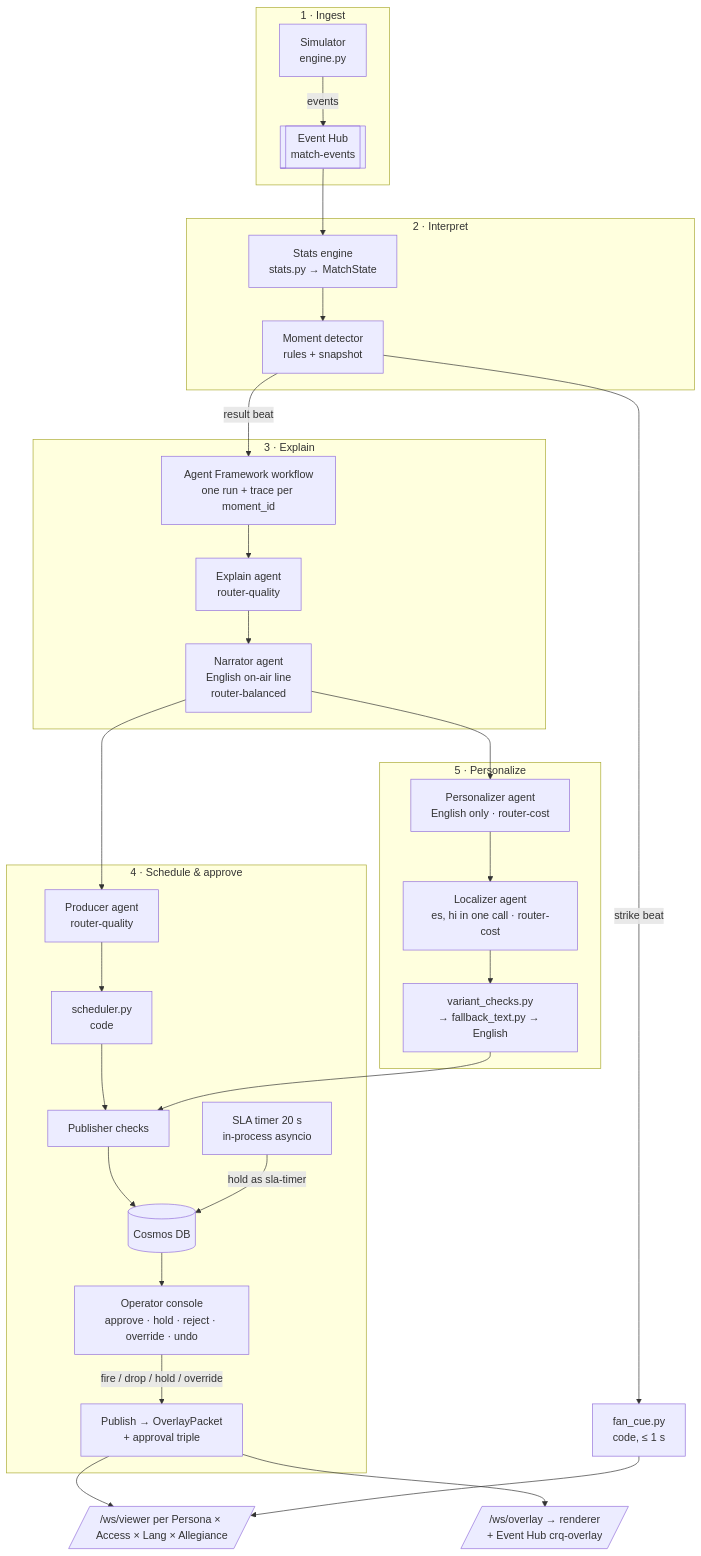
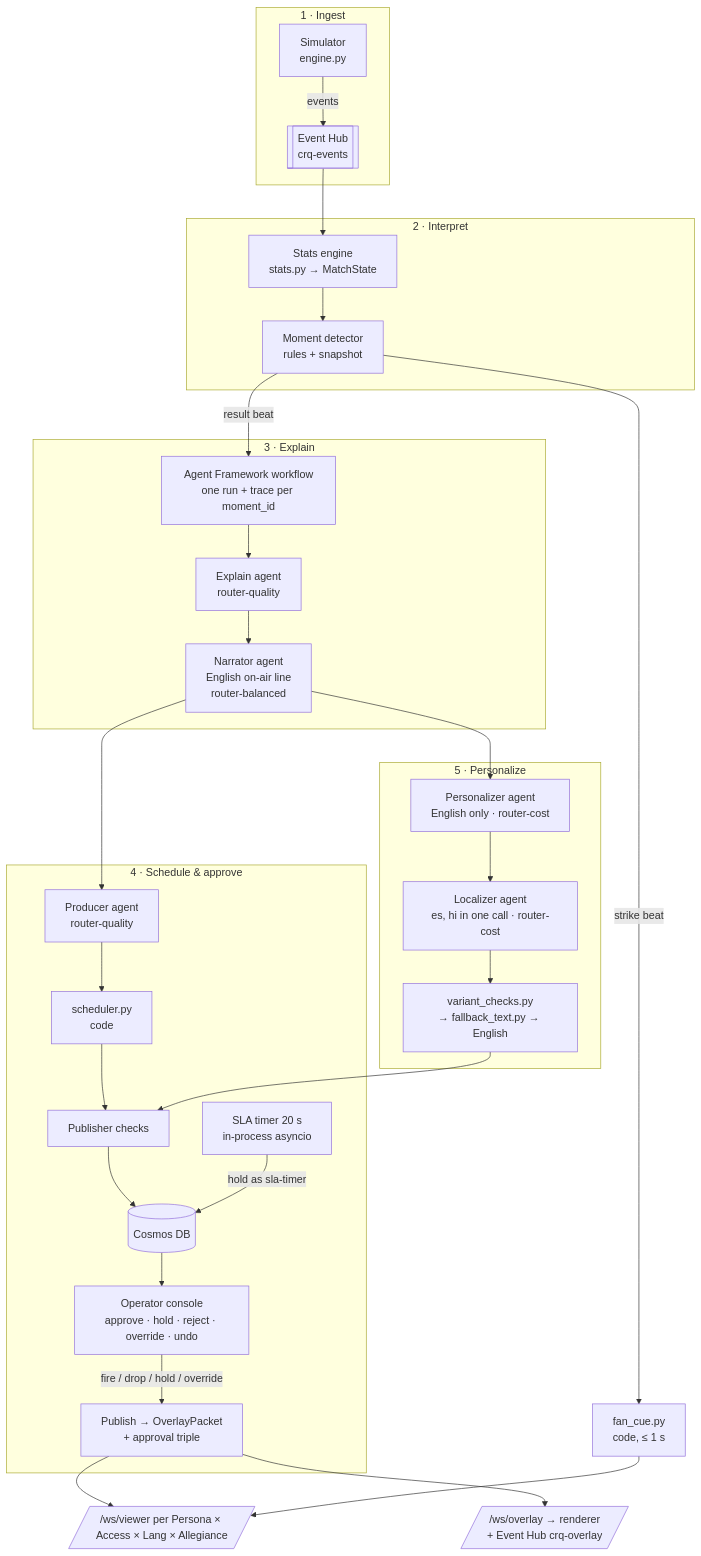
One commit to SwamiBB/control-room-iq changed the second of 8 diagrams in docs/ARCHITECTURE.md. Above: the diagram before and after it, drawn with Mermaid. The commit also changed other lines of this file and 2 other files, not shown here.

First paragraph of the commit message:
Final end-to-end verification pass: fix five stragglers found by grep + lint
Last sweep against stale references, stale scope language, and lint. Everything in this commit is doc-only or comment-only except the ruff-blocking wrap.

````diff
--- a/docs/ARCHITECTURE.md
+++ b/docs/ARCHITECTURE.md
@@ -78,40 +78,40 @@
 ```mermaid
 flowchart TB
   subgraph S1[1 · Ingest]
-    SIM[Simulator<br/>engine.py] -->|events| EH1[[Event Hub<br/>match-events]]
+    SIM[Simulator<br/>engine.py] -->|events| EH1[[Event Hub<br/>crq-events]]
   end
 
   subgraph S2[2 · Interpret]
     EH1 --> ST[Stats engine<br/>stats.py → MatchState]
     ST --> MD[Moment detector<br/>rules + snapshot]
   end
 
   MD -->|strike beat| FC[fan_cue.py<br/>code, ≤ 1 s]
   MD -->|result beat| WF
 
   subgraph S3[3 · Explain]
     WF[Agent Framework workflow<br/>one run + trace per moment_id] --> EX[Explain agent<br/>router-quality]
     EX --> NR[Narrator agent<br/>English on-air line<br/>router-balanced]
   end
 
   subgraph S4[4 · Schedule & approve]
     NR --> PR[Producer agent<br/>router-quality]
     PR --> SC[scheduler.py<br/>code]
     SC --> PB[Publisher checks]
     PB --> DB[(Cosmos DB)]
     DB --> CON[Operator console<br/>approve · hold · reject · override · undo]
     SLA[SLA timer 20 s<br/>in-process asyncio] -->|hold as sla-timer| DB
     CON -->|fire / drop / hold / override| PUB[Publish → OverlayPacket<br/>+ approval triple]
   end
 
   subgraph S5[5 · Personalize]
     NR --> PZ[Personalizer agent<br/>English only · router-cost]
     PZ --> LZ[Localizer agent<br/>es, hi in one call · router-cost]
     LZ --> VC[variant_checks.py<br/>→ fallback_text.py → English]
     VC --> PB
   end
 
   PUB --> WSO[/"/ws/overlay → renderer<br/>+ Event Hub crq-overlay"/]
   PUB --> WSV[/"/ws/viewer per Persona × Access × Lang × Allegiance"/]
   FC --> WSV
 ```
````
